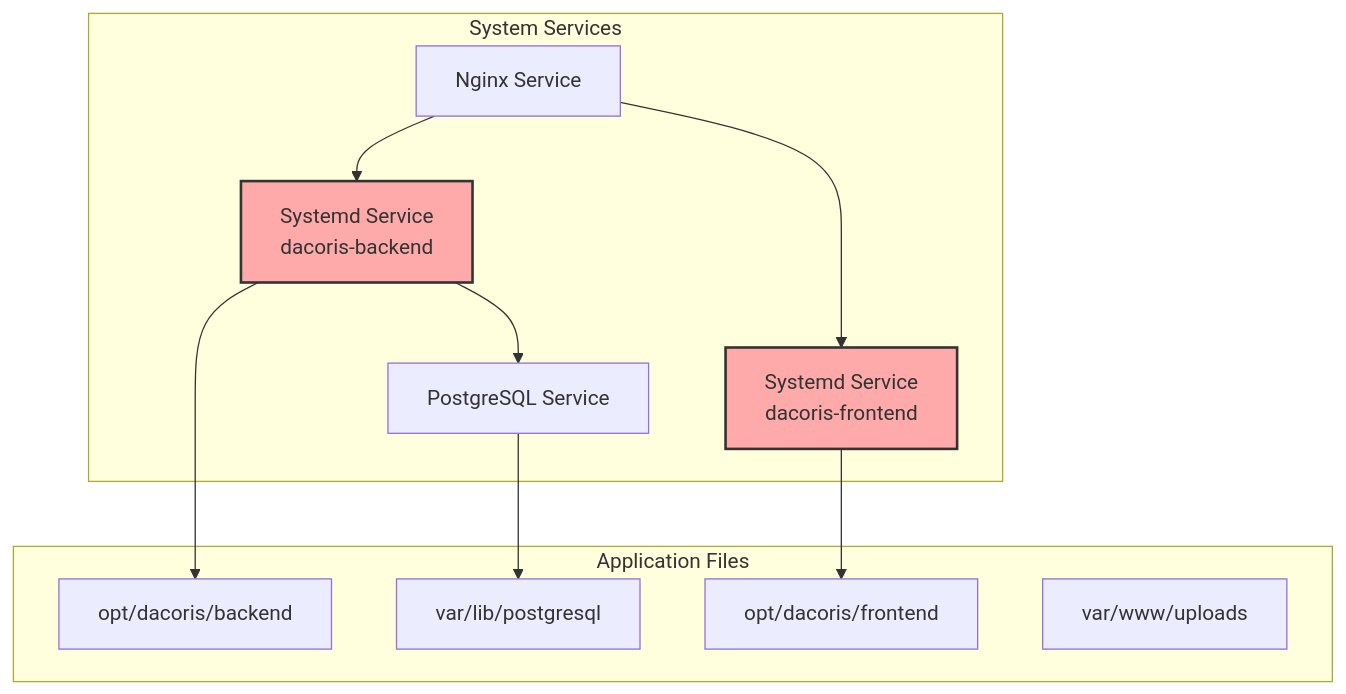
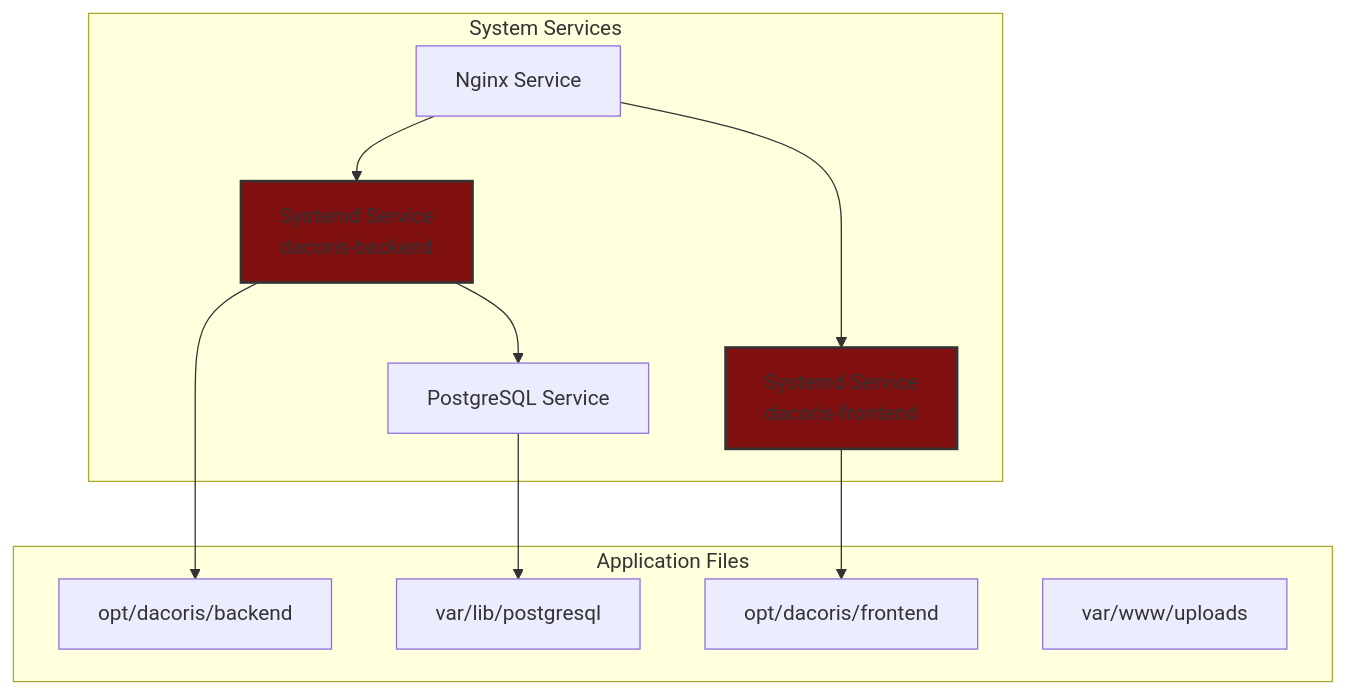
One commit to dacorisdata/dacoris changed the fourth of 7 diagrams in LINUX_DEPLOYMENT_GUIDE.md. Above: the diagram before and after it, drawn with Mermaid. The commit also changed other lines of this file, not shown here.

Commit message:
Update Mermaid diagram colors for better contrast and readability

````diff
--- a/LINUX_DEPLOYMENT_GUIDE.md
+++ b/LINUX_DEPLOYMENT_GUIDE.md
@@ -382,26 +382,26 @@
 ```mermaid
 graph TB
     subgraph "System Services"
         A[Systemd Service<br/>dacoris-backend]
         B[Systemd Service<br/>dacoris-frontend]
         C[PostgreSQL Service]
         D[Nginx Service]
     end
     
     subgraph "Application Files"
         E["opt/dacoris/backend"]
         F["opt/dacoris/frontend"]
         G["var/lib/postgresql"]
         H["var/www/uploads"]
     end
     
     A --> E
     B --> F
     C --> G
     A --> C
     D --> A
     D --> B
     
-    style A fill:#faa,stroke:#333,stroke-width:2px
-    style B fill:#faa,stroke:#333,stroke-width:2px
+    style A fill:#811010,stroke:#333,stroke-width:2px
+    style B fill:#811010,stroke:#333,stroke-width:2px
 ```
````
